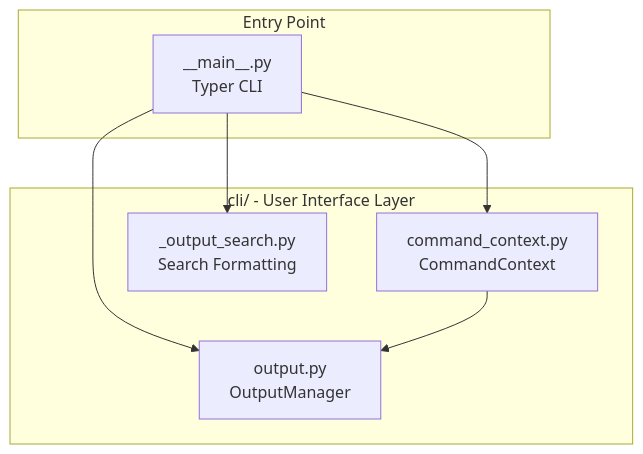
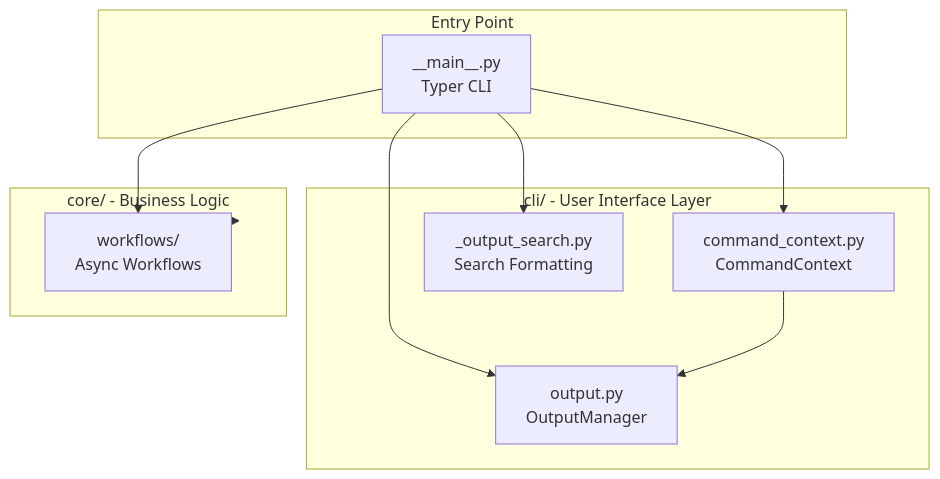
The first of 7 diagrams in src/gmailarchiver/cli/ARCHITECTURE.md (tumma72/GMailArchiver), drawn with Mermaid before and after one commit. The commit also changed other lines of this file and 4 other files, not shown here.

First line of the commit message:
feat(workflows): establish workflows module architecture

````diff
--- a/src/gmailarchiver/cli/ARCHITECTURE.md
+++ b/src/gmailarchiver/cli/ARCHITECTURE.md
@@ -13,17 +14,23 @@
 ```mermaid
 graph TB
     subgraph CLI["cli/ - User Interface Layer"]
         Output["output.py<br/>OutputManager"]
         Context["command_context.py<br/>CommandContext"]
         SearchOutput["_output_search.py<br/>Search Formatting"]
+    end
+
+    subgraph Core["core/ - Business Logic"]
+        Workflows["workflows/<br/>Async Workflows"]
     end
 
     subgraph Entry["Entry Point"]
         Main["__main__.py<br/>Typer CLI"]
     end
 
     Main --> Output
     Main --> Context
     Main --> SearchOutput
+    Main --> Workflows
     Context --> Output
+    Workflows --> Core
 ```
````
